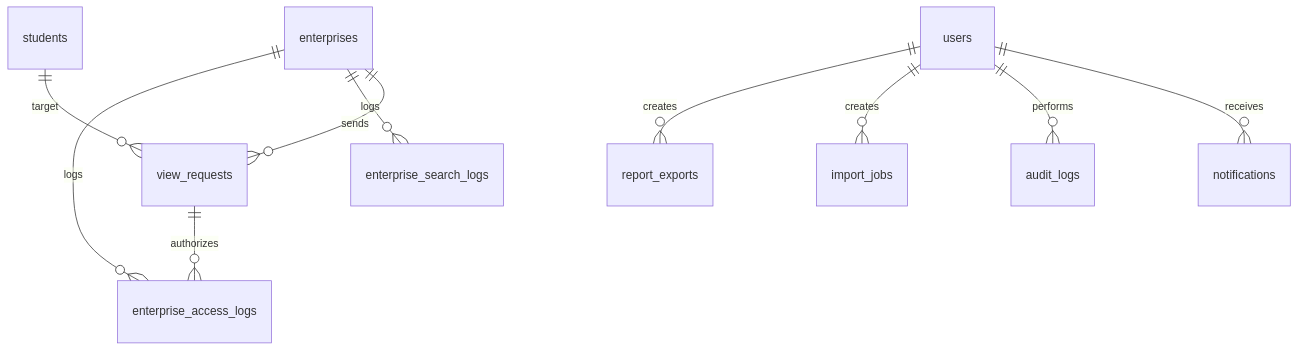
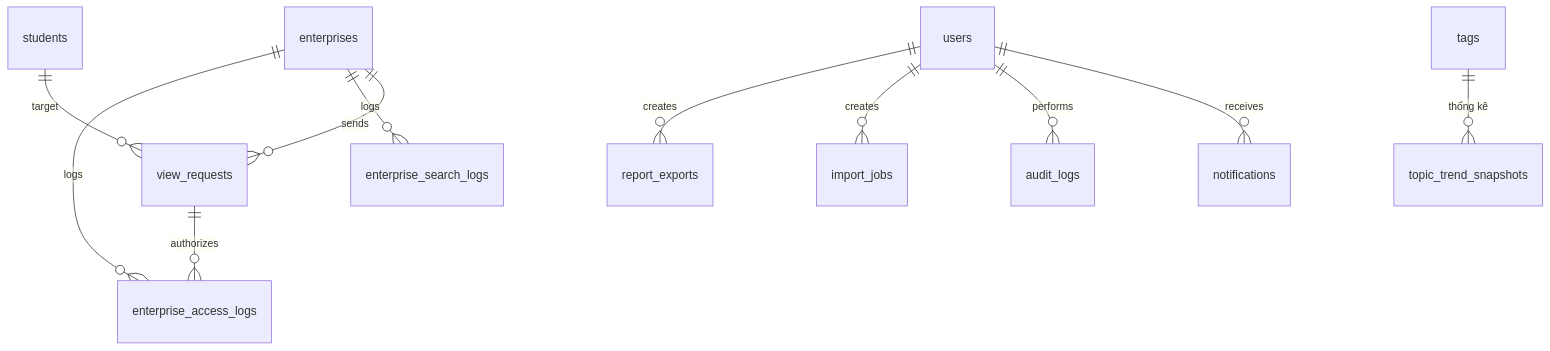
Before and after one commit to Tuaanss/-ATN: the fourth of 4 diagrams in docs/DatabaseDesign.md, drawn with Mermaid. The commit also changed other lines of this file and 165 other files, not shown here.

````diff
--- a/docs/DatabaseDesign.md
+++ b/docs/DatabaseDesign.md
@@ -94,12 +96,13 @@
 ```mermaid
 erDiagram
   enterprises ||--o{ view_requests : sends
   students ||--o{ view_requests : target
   enterprises ||--o{ enterprise_search_logs : logs
   enterprises ||--o{ enterprise_access_logs : logs
   view_requests ||--o{ enterprise_access_logs : authorizes
   users ||--o{ notifications : receives
   users ||--o{ audit_logs : performs
   users ||--o{ import_jobs : creates
   users ||--o{ report_exports : creates
+  tags ||--o{ topic_trend_snapshots : "thống kê"
 ```
````
